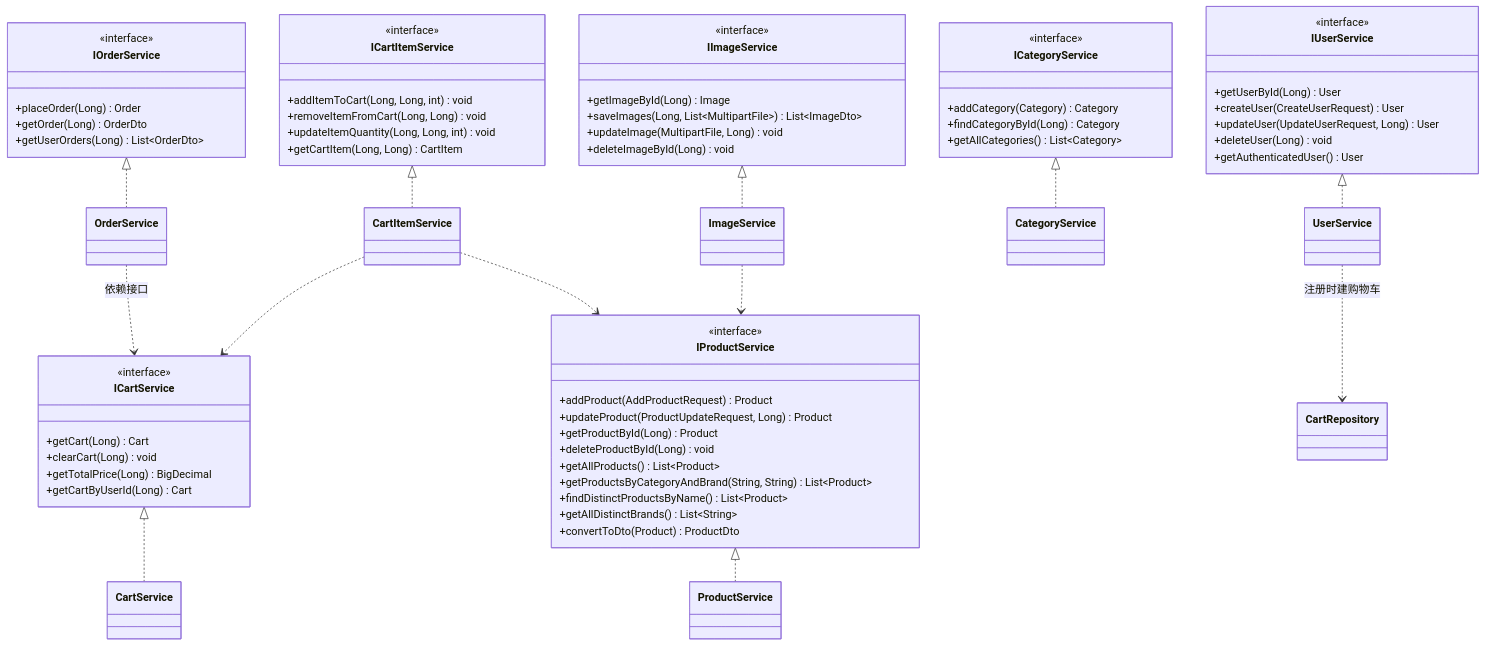
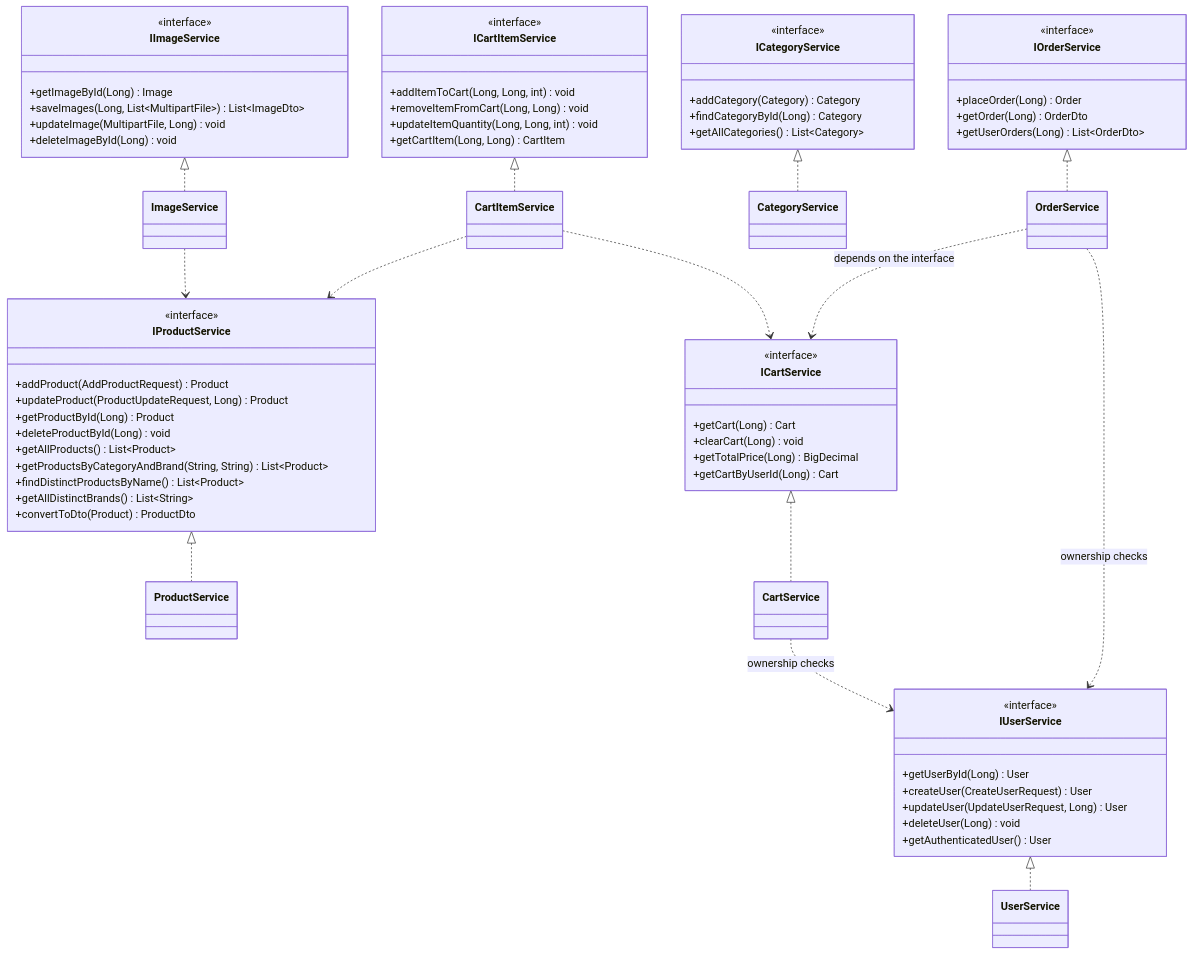
Diagram 18 of 24 in DESIGN.md (Chuan-Qiu/buynowdotcom), drawn with Mermaid before and after one commit. The commit also changed other lines of this file and 26 other files, not shown here.

````diff
--- a/DESIGN.md
+++ b/DESIGN.md
@@ -1050,79 +1072,80 @@
 ```mermaid
 classDiagram
     direction TB
 
     class IProductService {
         <<interface>>
         +addProduct(AddProductRequest) Product
         +updateProduct(ProductUpdateRequest, Long) Product
         +getProductById(Long) Product
         +deleteProductById(Long) void
         +getAllProducts() List~Product~
         +getProductsByCategoryAndBrand(String, String) List~Product~
         +findDistinctProductsByName() List~Product~
         +getAllDistinctBrands() List~String~
         +convertToDto(Product) ProductDto
     }
     class ProductService
     class ICartService {
         <<interface>>
         +getCart(Long) Cart
         +clearCart(Long) void
         +getTotalPrice(Long) BigDecimal
         +getCartByUserId(Long) Cart
     }
     class CartService
     class ICartItemService {
         <<interface>>
         +addItemToCart(Long, Long, int) void
         +removeItemFromCart(Long, Long) void
         +updateItemQuantity(Long, Long, int) void
         +getCartItem(Long, Long) CartItem
     }
     class CartItemService
     class IOrderService {
         <<interface>>
         +placeOrder(Long) Order
         +getOrder(Long) OrderDto
         +getUserOrders(Long) List~OrderDto~
     }
     class OrderService
     class IUserService {
         <<interface>>
         +getUserById(Long) User
         +createUser(CreateUserRequest) User
         +updateUser(UpdateUserRequest, Long) User
         +deleteUser(Long) void
         +getAuthenticatedUser() User
     }
     class UserService
     class ICategoryService {
         <<interface>>
         +addCategory(Category) Category
         +findCategoryById(Long) Category
         +getAllCategories() List~Category~
     }
     class CategoryService
     class IImageService {
         <<interface>>
         +getImageById(Long) Image
         +saveImages(Long, List~MultipartFile~) List~ImageDto~
         +updateImage(MultipartFile, Long) void
         +deleteImageById(Long) void
     }
     class ImageService
 
     IProductService <|.. ProductService
     ICartService <|.. CartService
     ICartItemService <|.. CartItemService
     IOrderService <|.. OrderService
     IUserService <|.. UserService
     ICategoryService <|.. CategoryService
     IImageService <|.. ImageService
 
-    OrderService ..> ICartService : 依赖接口
+    OrderService ..> ICartService : depends on the interface
+    OrderService ..> IUserService : ownership checks
+    CartService ..> IUserService : ownership checks
     CartItemService ..> ICartService
     CartItemService ..> IProductService
     ImageService ..> IProductService
-    UserService ..> CartRepository : 注册时建购物车
 ```
````
